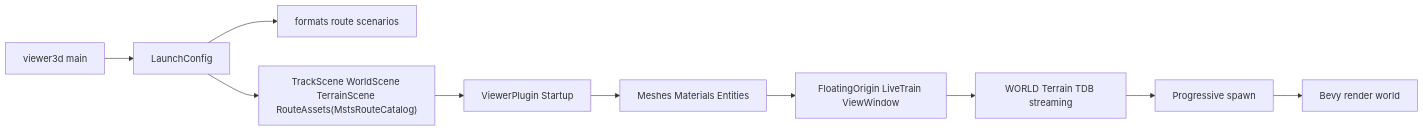
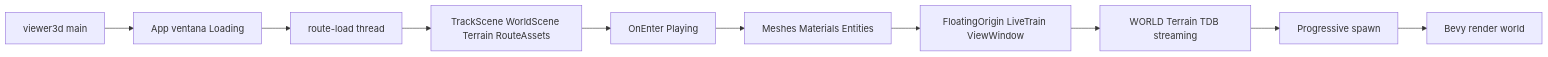
Before and after one commit to cavazquez/openrailsrs: the second of 3 diagrams in docs/openrails-map-rendering-gap-analysis.md, drawn with Mermaid. The commit also changed other lines of this file and 9 other files, not shown here.

````diff
--- a/docs/openrails-map-rendering-gap-analysis.md
+++ b/docs/openrails-map-rendering-gap-analysis.md
@@ -105,12 +105,12 @@
 ```mermaid
 flowchart LR
-  CLI[viewer3d main] --> Config[LaunchConfig]
-  Config --> Parsers["formats route scenarios"]
-  Config --> Resources["TrackScene WorldScene TerrainScene RouteAssets(MstsRouteCatalog)"]
-  Resources --> Startup[ViewerPlugin Startup]
-  Startup --> Entities["Meshes Materials Entities"]
+  CLI[viewer3d main] --> App[App ventana Loading]
+  App --> Task[route-load thread]
+  Task --> Bundle["TrackScene WorldScene Terrain RouteAssets"]
+  Bundle --> Playing[OnEnter Playing]
+  Playing --> Entities["Meshes Materials Entities"]
   Entities --> Update["FloatingOrigin LiveTrain ViewWindow"]
   Update --> Stream["WORLD Terrain TDB streaming"]
   Stream --> Spawn[Progressive spawn]
   Spawn --> BevyRender[Bevy render world]
 ```
````
